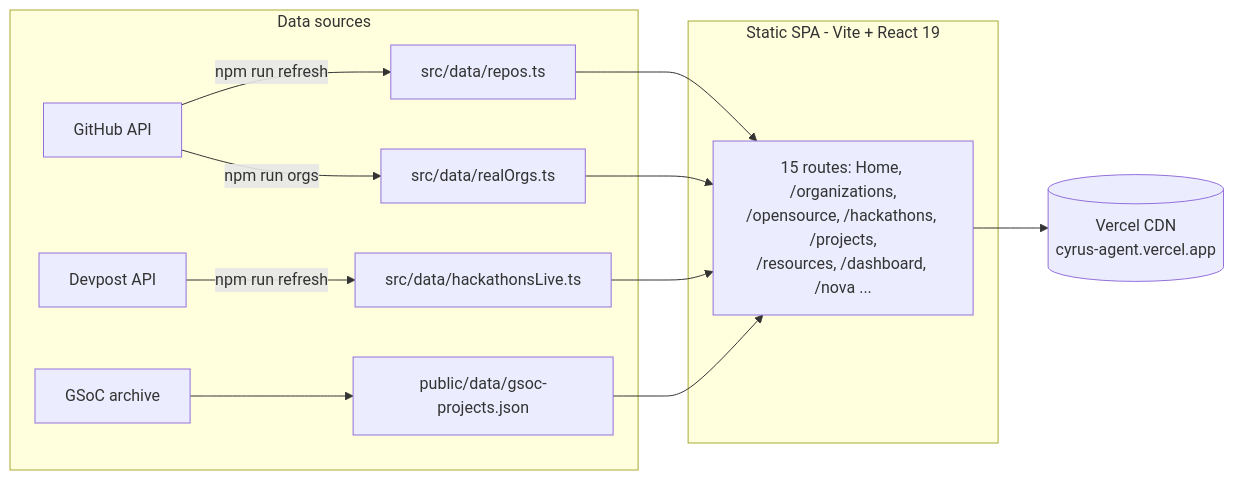
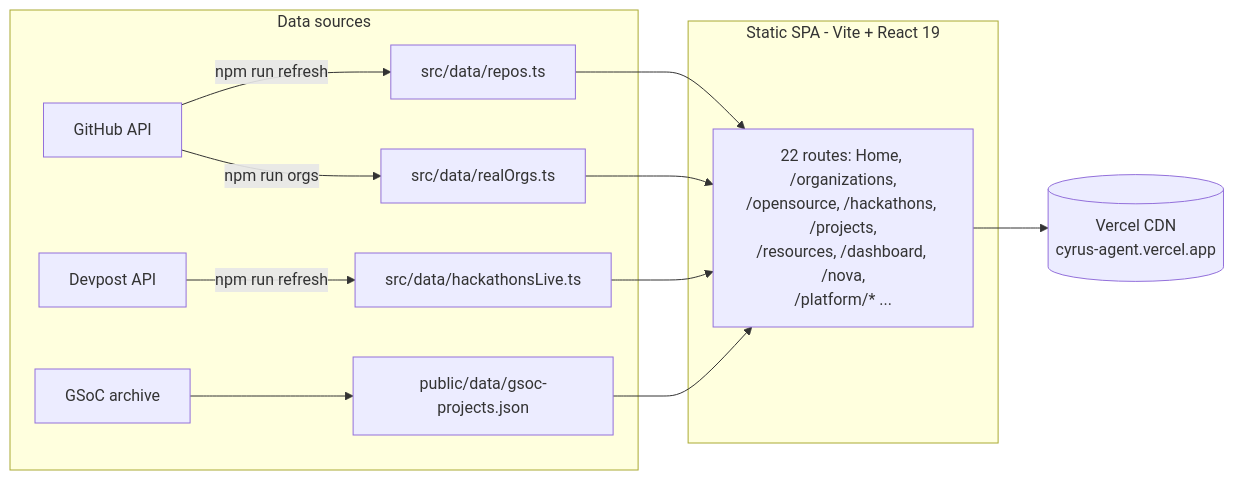
The second of 2 diagrams in README.md (adityalenova/cyrus-ai), drawn with Mermaid before and after one commit. The commit also changed other lines of this file and 15 other files, not shown here.

````diff
--- a/README.md
+++ b/README.md
@@ -150,13 +232,13 @@
 ```mermaid
 flowchart LR
     subgraph sources [Data sources]
         GH[GitHub API] -->|npm run refresh| D1[src/data/repos.ts]
         GH -->|npm run orgs| D2[src/data/realOrgs.ts]
         DP[Devpost API] -->|npm run refresh| D3[src/data/hackathonsLive.ts]
         SOC[GSoC archive] --> D4[public/data/gsoc-projects.json]
     end
     subgraph app [Static SPA - Vite + React 19]
-        D1 & D2 & D3 & D4 --> PAGES[15 routes: Home, /organizations,<br/>/opensource, /hackathons, /projects,<br/>/resources, /dashboard, /nova ...]
+        D1 & D2 & D3 & D4 --> PAGES[22 routes: Home, /organizations,<br/>/opensource, /hackathons, /projects,<br/>/resources, /dashboard, /nova,<br/>/platform/* ...]
     end
     PAGES --> V[(Vercel CDN<br/>cyrus-agent.vercel.app)]
 ```
````
